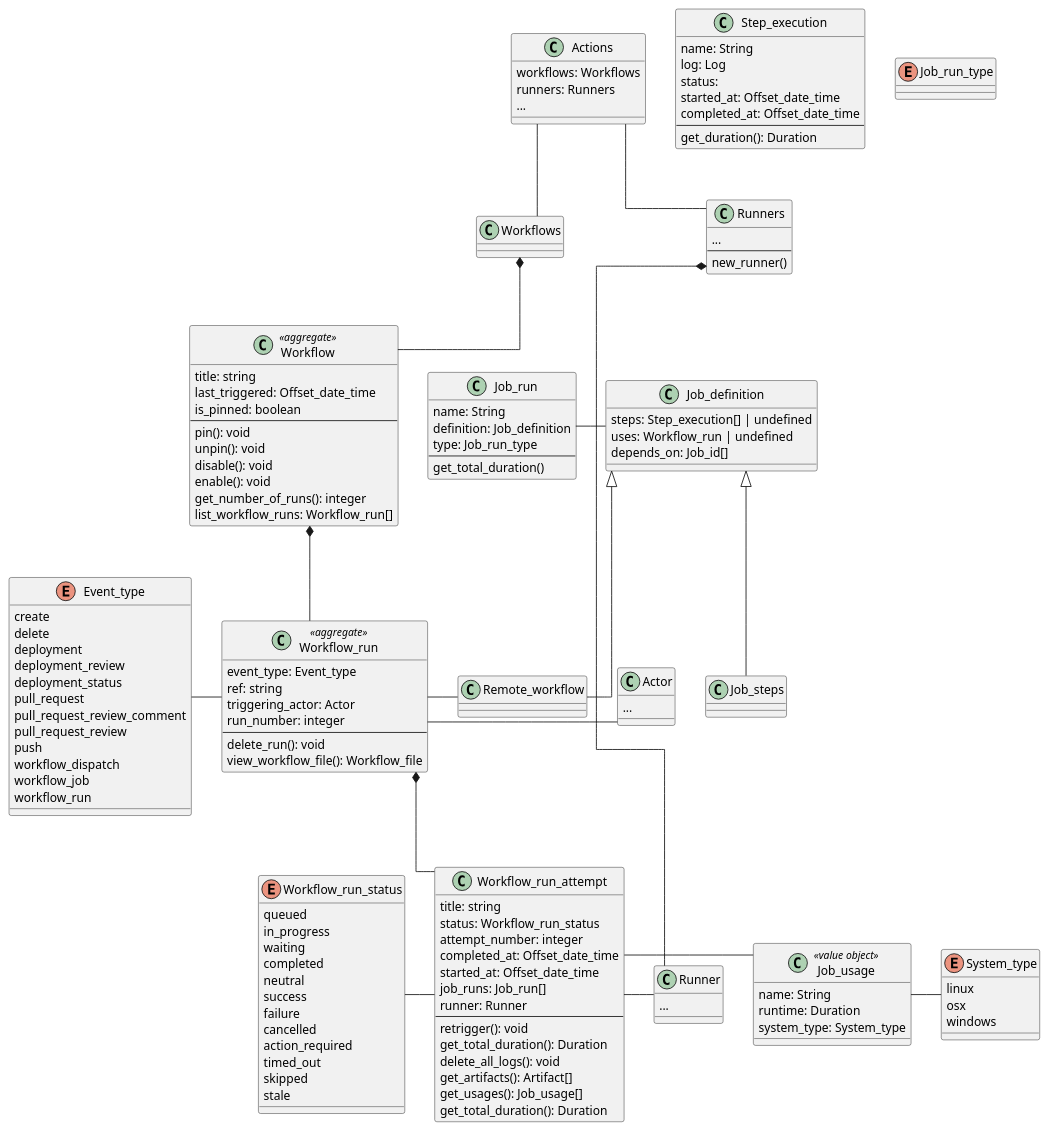
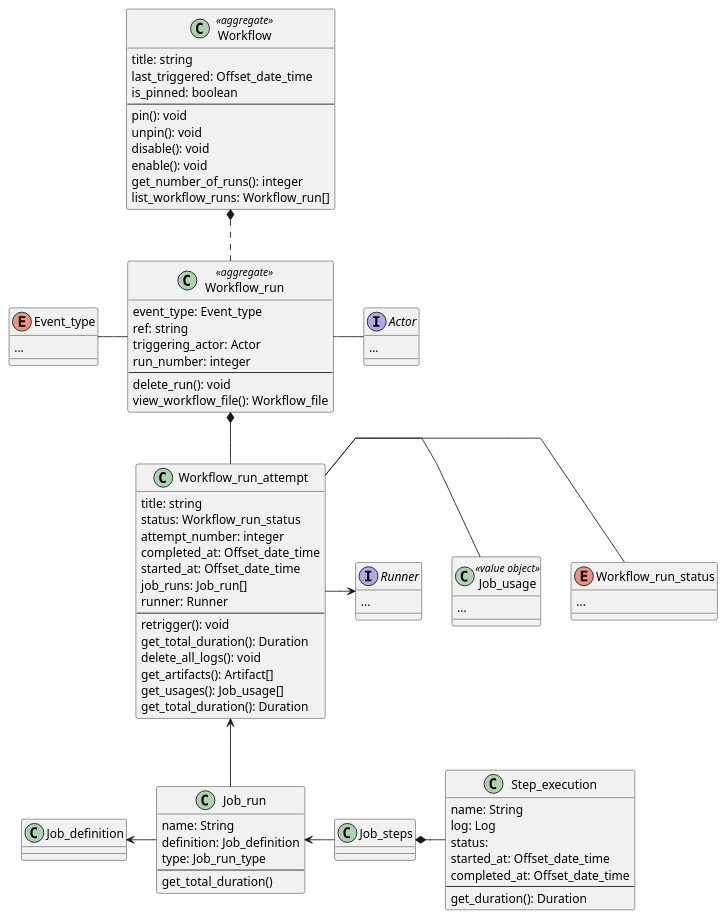
The diagram in documentation/workflow_execution.puml (Venthe/Pipeline-Orchestrator), drawn with PlantUML before and after one commit. The commit also changed 11 other files, not shown here.

```diff
--- a/documentation/workflow_execution.puml
+++ b/documentation/workflow_execution.puml
@@ -1,172 +1,179 @@
 @startuml
-skinparam linetype ortho
+skinparam linetype polyline
 
-class Actions {
-    workflows: Workflows
-    runners: Runners
-    ...
-    ' caches: Cache[]
-    ' deployments: Deployment[]
-    ' attestations: Attestation[]
-    ' runners: Runners
-}
-Actions -right- Runners
-Actions -down- Workflows
+'class Actions {
+'    workflows: Workflows
+'    runners: Runners
+'    ...
+'    ' caches: Cache[]
+'    ' deployments: Deployment[]
+'    ' attestations: Attestation[]
+'    ' runners: Runners
+'}
+'Actions -right- Runners
+'Actions -left- Workflows
 ' Actions -right- Cache
 
-class Runners {
-    ...
-    ---
-    new_runner()
-}
-Runners *- Runner
+'class Runners {
+'    ...
+'    ---
+'    new_runner()
+'}
+'Runners *- Runner
 
-class Runner {
+interface Runner {
     ...
 }
 
 ' class Cache {
 '     id
 '     ref: string
 '     last_used
 '     time_created
 '     size
 '     ---
 '     delete()
 ' }
 
-class Workflows {
-}
-Workflows *-down- Workflow
+'class Workflows {
+'}
+'Workflows *-down- Workflow
 
 class Workflow <<aggregate>> {
     title: string
     last_triggered: Offset_date_time
     is_pinned: boolean
     ---
     pin(): void
     unpin(): void
     disable(): void
     enable(): void
     get_number_of_runs(): integer
     list_workflow_runs: Workflow_run[]
 }
-Workflow *-down- Workflow_run
+Workflow *.down. Workflow_run
 
 class Workflow_run <<aggregate>> {
     event_type: Event_type
     ref: string
     triggering_actor: Actor
     run_number: integer
     ' workflow_run_type
     ---
     delete_run(): void
     view_workflow_file(): Workflow_file
 }
 Workflow_run - Actor
 Workflow_run *-down- Workflow_run_attempt
 Workflow_run -left- Event_type
 
 enum Event_type {
-    create
-    delete
-    deployment
-    deployment_review
-    deployment_status
-    pull_request
-    pull_request_review_comment
-    pull_request_review
-    push
-    workflow_dispatch
-    workflow_job
-    workflow_run
+    ...
+'    create
+'    delete
+'    deployment
+'    deployment_review
+'    deployment_status
+'    pull_request
+'    pull_request_review_comment
+'    pull_request_review
+'    push
+'    workflow_dispatch
+'    workflow_job
+'    workflow_run
 }
 
 class Workflow_run_attempt {
     title: string
     status: Workflow_run_status
     attempt_number: integer
     completed_at: Offset_date_time
     started_at: Offset_date_time
     job_runs: Job_run[]
     runner: Runner
     ---
     retrigger(): void
     get_total_duration(): Duration
     delete_all_logs(): void
     get_artifacts(): Artifact[]
     get_usages(): Job_usage[]
     get_total_duration(): Duration
 }
-Workflow_run_attempt -left- Workflow_run_status
+Workflow_run_attempt - Workflow_run_status
 Workflow_run_attempt - Job_usage
-Workflow_run_attempt - Runner
+Workflow_run_attempt -> Runner
+Workflow_run_attempt <-down- Job_run
 
 enum Workflow_run_status {
-    queued
-    in_progress
-    waiting
-    completed
-    neutral
-    success
-    failure
-    cancelled
-    action_required
-    timed_out
-    skipped
-    stale
+    ...
+'    queued
+'    in_progress
+'    waiting
+'    completed
+'    neutral
+'    success
+'    failure
+'    cancelled
+'    action_required
+'    timed_out
+'    skipped
+'    stale
 }
 
-class Job_definition {
-    steps: Step_execution[] | undefined
-    uses: Workflow_run | undefined
-    depends_on: Job_id[]
-}
-Job_definition <|-- Remote_workflow
-Job_definition <|-- Job_steps
+'class Job_definition {
+'    steps: Step_execution[] | undefined
+'    uses: Workflow_run | undefined
+'    depends_on: Job_id[]
+'}
+'Job_definition <|-- Remote_workflow
+'Job_definition <|-- Job_steps
 
-class Remote_workflow {}
-Remote_workflow - Workflow_run
-
-class Job_steps {}
+'class Remote_workflow {}
+'Remote_workflow <- Workflow_run
 
 class Job_run {
     name: String
     definition: Job_definition
     type: Job_run_type
     ---
     get_total_duration()
 }
-Job_run - Job_definition
+Job_run -left-> Job_definition
+Job_run <- Job_steps
+
+class Job_steps {
+}
+Job_steps *- Step_execution
 
 class Step_execution {
     name: String
     log: Log
     status:
     started_at: Offset_date_time
     completed_at: Offset_date_time
     ---
     get_duration(): Duration
 }
 
-class Actor {
+interface Actor {
     ...
 }
 
 class Job_usage <<value object>> {
-    name: String
-    runtime: Duration
-    system_type: System_type
+    ...
+'     name: String
+'     runtime: Duration
+'     system_type: System_type
 }
-Job_usage - System_type
+' Job_usage - System_type
 
-enum System_type {
-    linux
-    osx
-    windows
-}
-
-enum Job_run_type {
-
-}
+' enum System_type {
+'     linux
+'     osx
+'     windows
+' }
+'
+' enum Job_run_type {
+'
+' }
 @enduml
```
